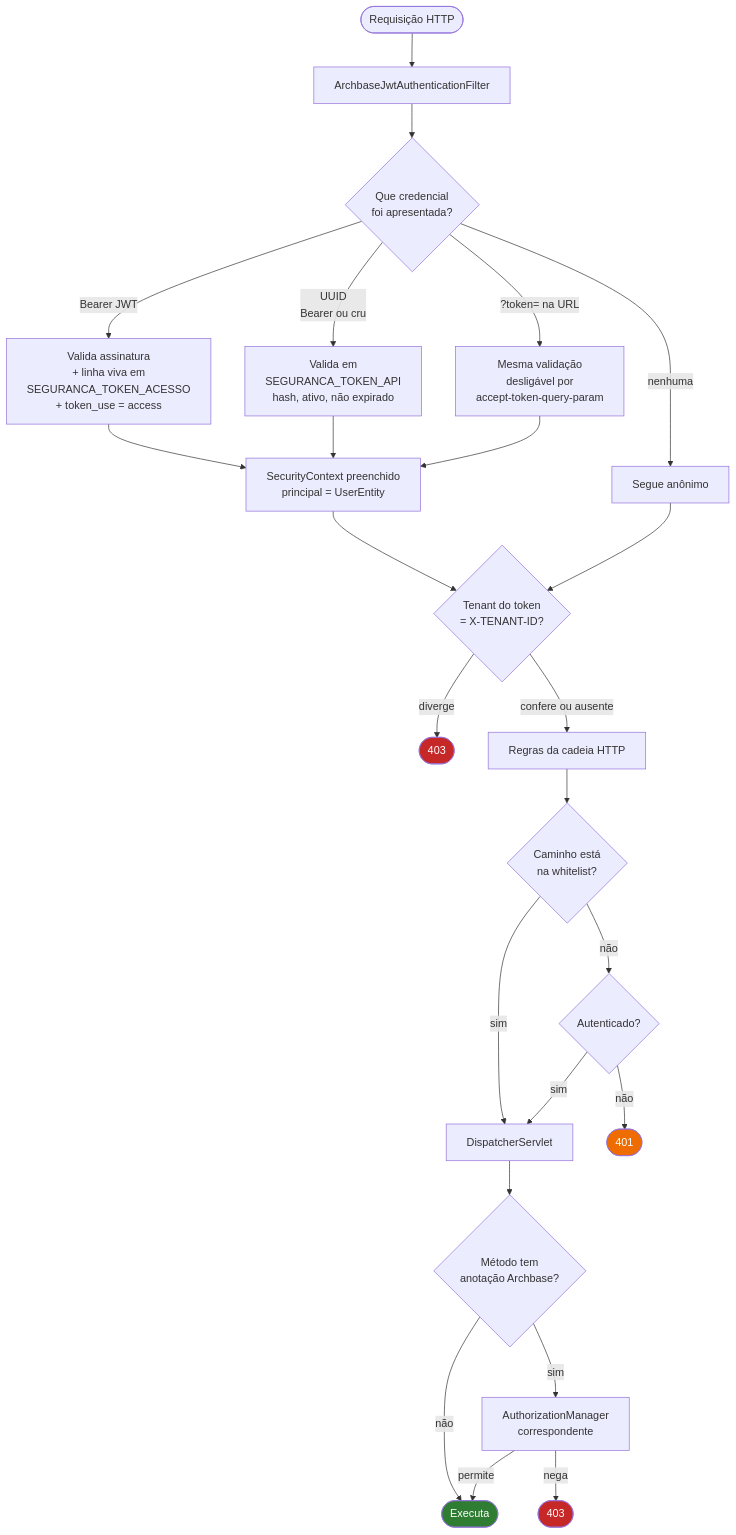
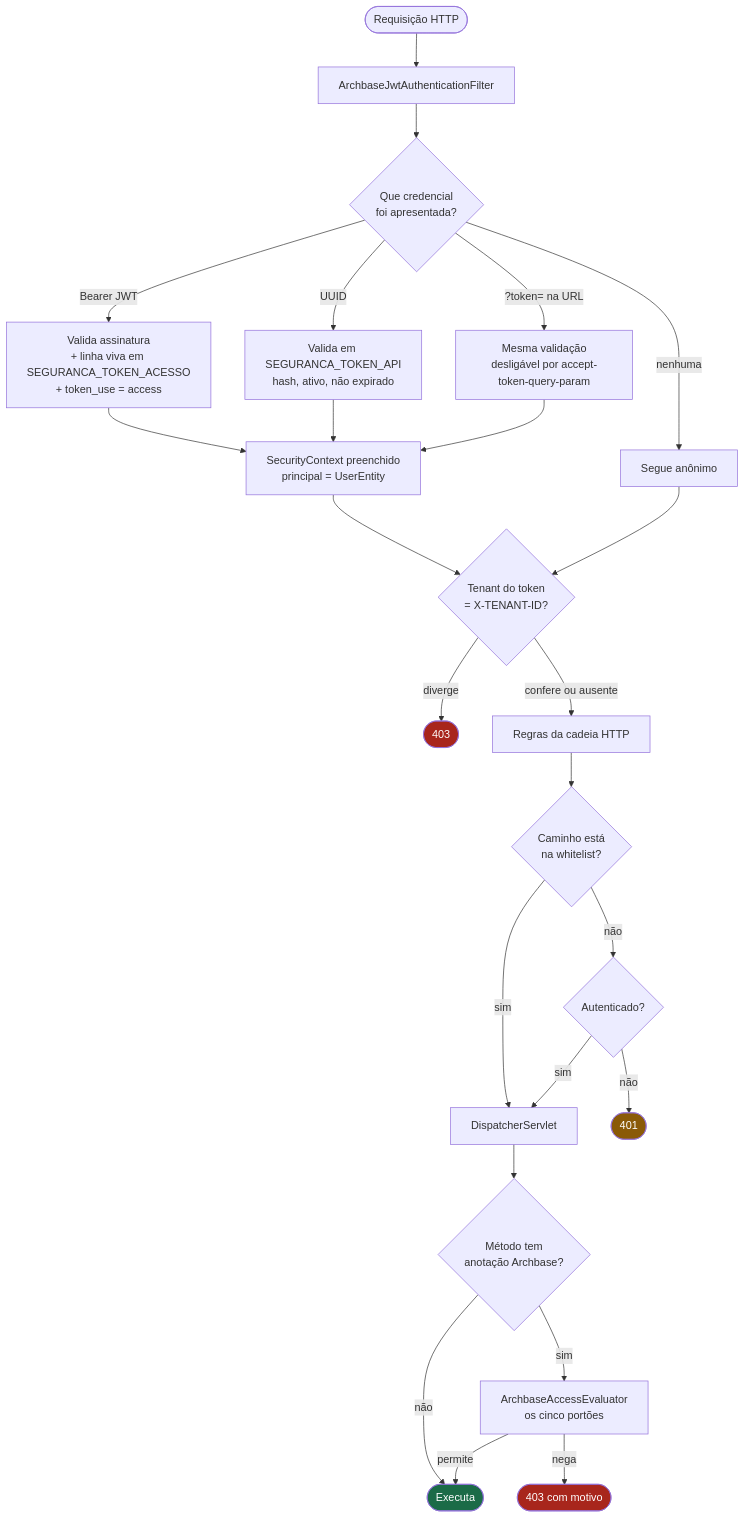
Before and after one commit to edsonmartins/archbase-app-framework: the second of 8 diagrams in archbase-security/ARQUITETURA.md, drawn with Mermaid. The commit also changed other lines of this file and 5 other files, not shown here.

````diff
--- a/archbase-security/ARQUITETURA.md
+++ b/archbase-security/ARQUITETURA.md
@@ -36,36 +125,36 @@
 ```mermaid
 flowchart TD
     REQ([Requisição HTTP]) --> F1[ArchbaseJwtAuthenticationFilter]
 
     F1 --> CRED{Que credencial<br/>foi apresentada?}
-    CRED -->|Bearer JWT| JWT[Valida assinatura<br/>+ linha viva em<br/>SEGURANCA_TOKEN_ACESSO<br/>+ token_use = access]
-    CRED -->|UUID<br/>Bearer ou cru| API[Valida em<br/>SEGURANCA_TOKEN_API<br/>hash, ativo, não expirado]
-    CRED -->|?token= na URL| QP[Mesma validação<br/>desligável por<br/>accept-token-query-param]
+    CRED -->|Bearer JWT| JWT["Valida assinatura<br/>+ linha viva em SEGURANCA_TOKEN_ACESSO<br/>+ token_use = access"]
+    CRED -->|UUID| API["Valida em SEGURANCA_TOKEN_API<br/>hash, ativo, não expirado"]
+    CRED -->|"?token= na URL"| QP["Mesma validação<br/>desligável por accept-token-query-param"]
     CRED -->|nenhuma| ANON[Segue anônimo]
 
-    JWT --> AUTH[SecurityContext preenchido<br/>principal = UserEntity]
+    JWT --> AUTH["SecurityContext preenchido<br/>principal = UserEntity"]
     API --> AUTH
     QP --> AUTH
 
-    AUTH --> TEN{Tenant do token<br/>= X-TENANT-ID?}
+    AUTH --> TEN{"Tenant do token<br/>= X-TENANT-ID?"}
     ANON --> TEN
     TEN -->|diverge| F403([403])
     TEN -->|confere ou ausente| CHAIN[Regras da cadeia HTTP]
 
     CHAIN --> WL{Caminho está<br/>na whitelist?}
     WL -->|sim| MVC[DispatcherServlet]
     WL -->|não| AUTHED{Autenticado?}
     AUTHED -->|não| F401([401])
     AUTHED -->|sim| MVC
 
     MVC --> ANOT{Método tem<br/>anotação Archbase?}
     ANOT -->|não| EXEC([Executa])
-    ANOT -->|sim| MGR[AuthorizationManager<br/>correspondente]
-    MGR -->|nega| F403B([403])
-    MGR -->|permite| EXEC
+    ANOT -->|sim| CORE["ArchbaseAccessEvaluator<br/>os cinco portões"]
+    CORE -->|nega| F403B([403 com motivo])
+    CORE -->|permite| EXEC
 
-    style F403 fill:#c62828,color:#fff
-    style F403B fill:#c62828,color:#fff
-    style F401 fill:#ef6c00,color:#fff
-    style EXEC fill:#2e7d32,color:#fff
+    style F403 fill:#a8261c,color:#fff
+    style F403B fill:#a8261c,color:#fff
+    style F401 fill:#8a5a08,color:#fff
+    style EXEC fill:#1b6b47,color:#fff
 ```
````
